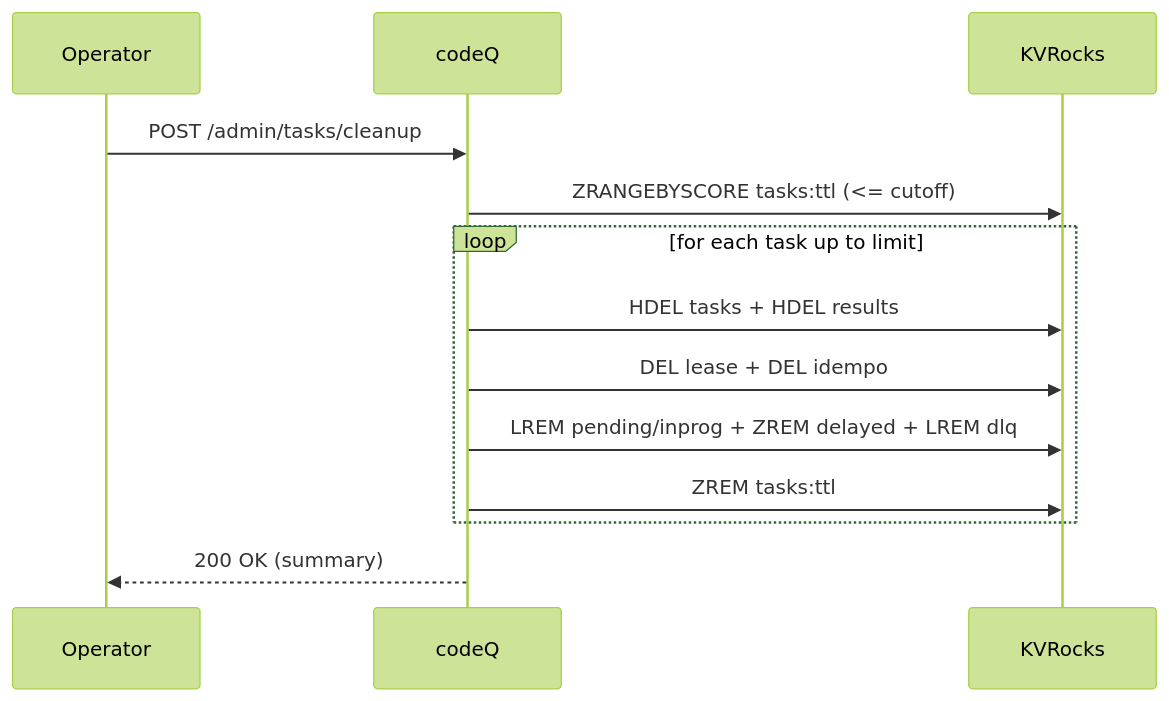
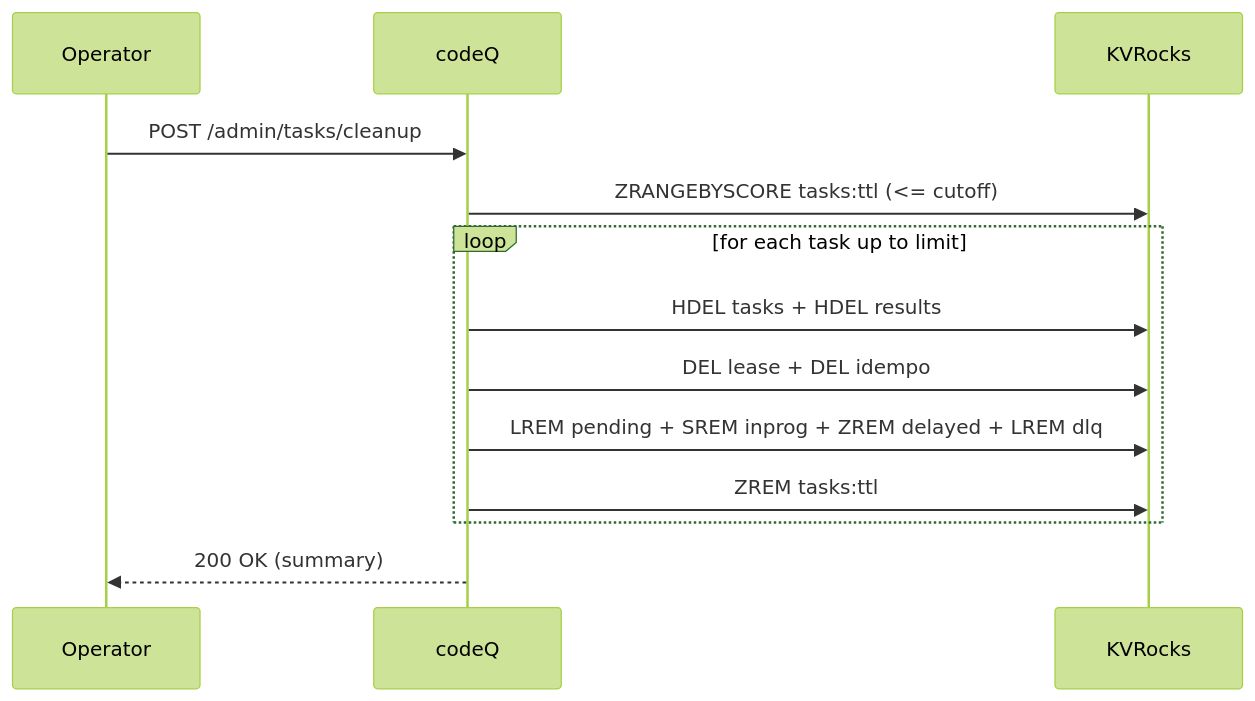
Before and after one commit to osvaldoandrade/codeq: the diagram in wiki/Use-Cases-Admin-Cleanup.md, drawn with Mermaid (forest theme). The commit also changed 23 other files, not shown here.

````diff
--- a/wiki/Use-Cases-Admin-Cleanup.md
+++ b/wiki/Use-Cases-Admin-Cleanup.md
@@ -26,16 +26,16 @@
 ```mermaid
 sequenceDiagram
   participant O as Operator
   participant Q as codeQ
   participant K as KVRocks
 
   O->>Q: POST /admin/tasks/cleanup
   Q->>K: ZRANGEBYSCORE tasks:ttl (<= cutoff)
   loop for each task up to limit
-    Q->>K: HDEL tasks + HDEL results
-    Q->>K: DEL lease + DEL idempo
-    Q->>K: LREM pending/inprog + ZREM delayed + LREM dlq
-    Q->>K: ZREM tasks:ttl
-  end
-  Q-->>O: 200 OK (summary)
+	    Q->>K: HDEL tasks + HDEL results
+	    Q->>K: DEL lease + DEL idempo
+	    Q->>K: LREM pending + SREM inprog + ZREM delayed + LREM dlq
+	    Q->>K: ZREM tasks:ttl
+	  end
+	  Q-->>O: 200 OK (summary)
 ```
````
